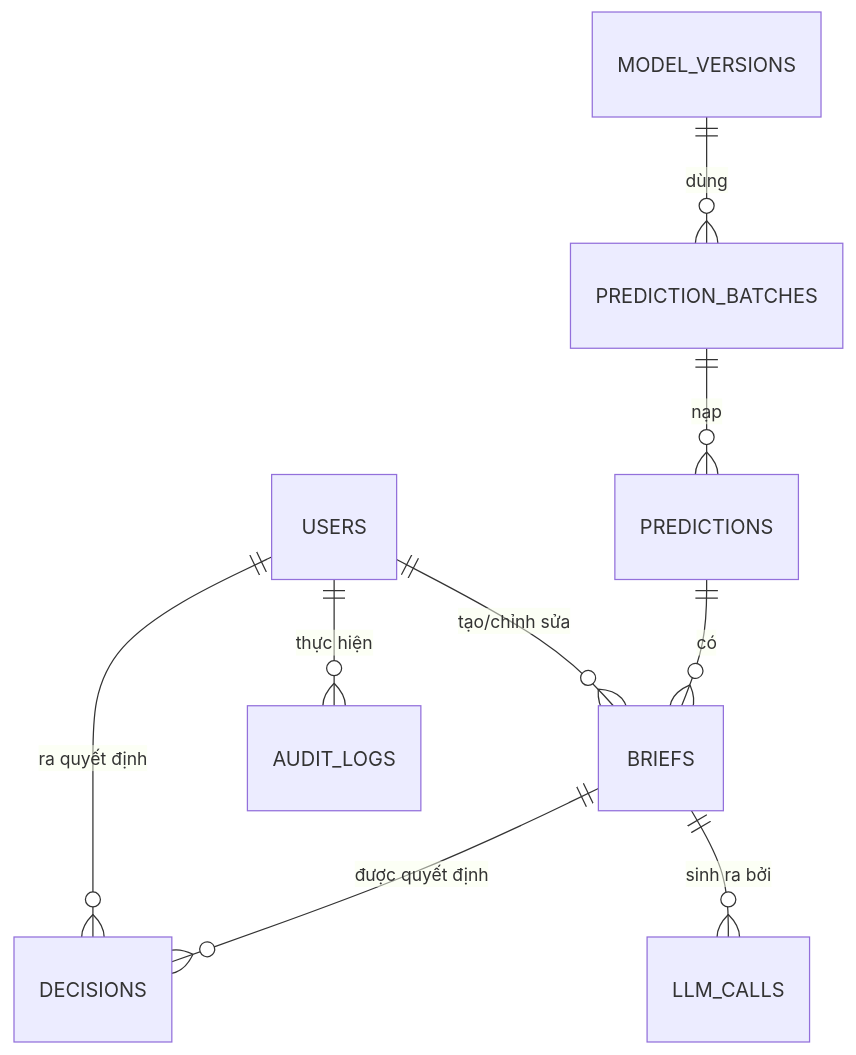
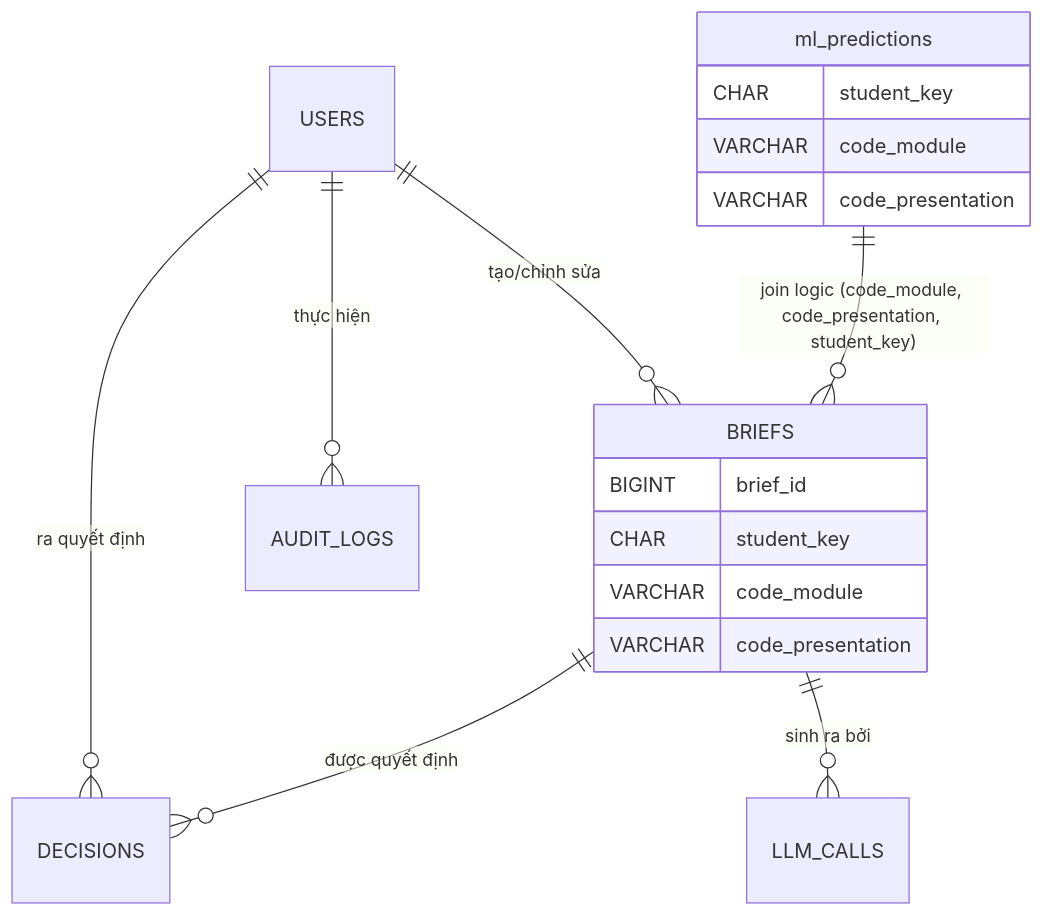
One commit to ntk223/BE-MLOPS changed the diagram in docs/DB_CONTRACT.md. Above: the diagram before and after it, drawn with Mermaid. The commit also changed other lines of this file, not shown here.

Commit message:
docs: DB contract v1.0 rev2 — backend is read-only consumer of ml_predictions

````diff
--- a/docs/DB_CONTRACT.md
+++ b/docs/DB_CONTRACT.md
@@ -277,11 +192,20 @@
 ```mermaid
 erDiagram
+    ml_predictions {
+        CHAR student_key
+        VARCHAR code_module
+        VARCHAR code_presentation
+    }
+    BRIEFS {
+        BIGINT brief_id
+        CHAR student_key
+        VARCHAR code_module
+        VARCHAR code_presentation
+    }
     USERS ||--o{ DECISIONS : "ra quyết định"
     USERS ||--o{ BRIEFS : "tạo/chỉnh sửa"
     USERS ||--o{ AUDIT_LOGS : "thực hiện"
-    MODEL_VERSIONS ||--o{ PREDICTION_BATCHES : "dùng"
-    PREDICTION_BATCHES ||--o{ PREDICTIONS : "nạp"
-    PREDICTIONS ||--o{ BRIEFS : "có"
     BRIEFS ||--o{ DECISIONS : "được quyết định"
     BRIEFS ||--o{ LLM_CALLS : "sinh ra bởi"
+    ml_predictions ||--o{ BRIEFS : "join logic (code_module, code_presentation, student_key)"
 ```
````
